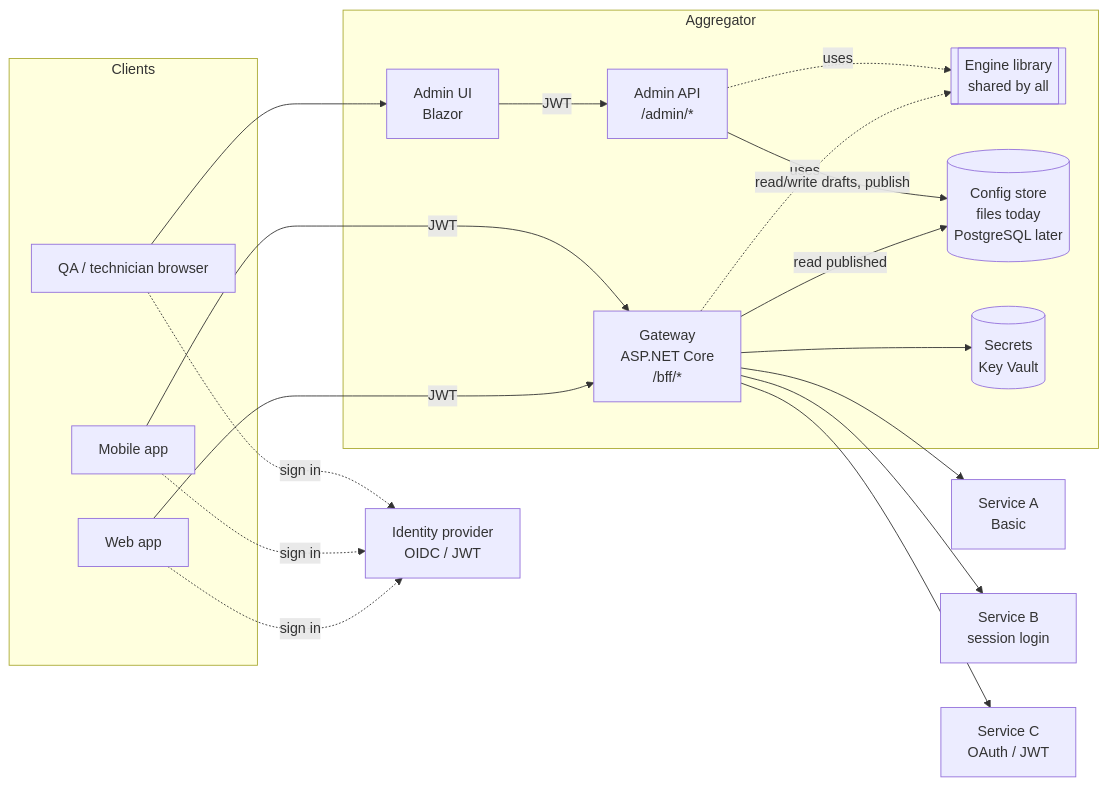
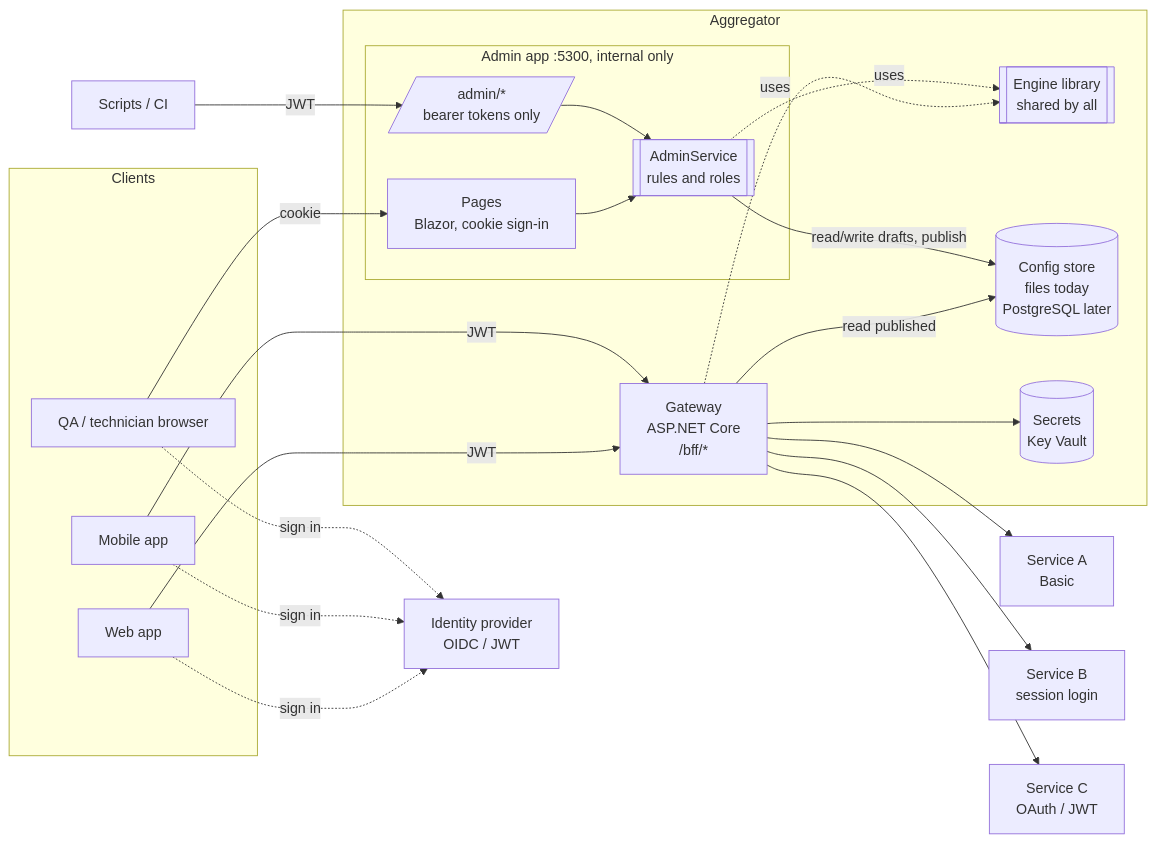
The first of 2 diagrams in docs/architecture/01-overview.md (chathudan/api-aggregateerror), drawn with Mermaid before and after one commit. The commit also changed other lines of this file and 142 other files, not shown here.

````diff
--- a/docs/architecture/01-overview.md
+++ b/docs/architecture/01-overview.md
@@ -33,33 +33,37 @@
 ```mermaid
 flowchart LR
     subgraph Clients
         WEB[Web app]
         MOB[Mobile app]
         QA[QA / technician browser]
     end
 
     subgraph Aggregator
         GW[Gateway<br/>ASP.NET Core<br/>/bff/*]
-        ADM[Admin API<br/>/admin/*]
-        UI[Admin UI<br/>Blazor]
+        subgraph ADMIN[Admin app :5300, internal only]
+            UI[Pages<br/>Blazor, cookie sign-in]
+            API[/admin/*<br/>bearer tokens only/]
+            SVC[[AdminService<br/>rules and roles]]
+        end
         ENG[[Engine library<br/>shared by all]]
         CFG[(Config store<br/>files today<br/>PostgreSQL later)]
         SEC[(Secrets<br/>Key Vault)]
     end
 
     IDP[Identity provider<br/>OIDC / JWT]
     A[Service A<br/>Basic]
     B[Service B<br/>session login]
     C[Service C<br/>OAuth / JWT]
 
     WEB -- JWT --> GW
     MOB -- JWT --> GW
-    QA --> UI -- JWT --> ADM
+    QA -- cookie --> UI --> SVC
+    SCRIPT[Scripts / CI] -- JWT --> API --> SVC
     GW -.uses.-> ENG
-    ADM -.uses.-> ENG
+    SVC -.uses.-> ENG
     GW -- read published --> CFG
-    ADM -- read/write drafts, publish --> CFG
+    SVC -- read/write drafts, publish --> CFG
     GW --> SEC
     GW --> A & B & C
     WEB & MOB & QA -. sign in .-> IDP
 ```
````
